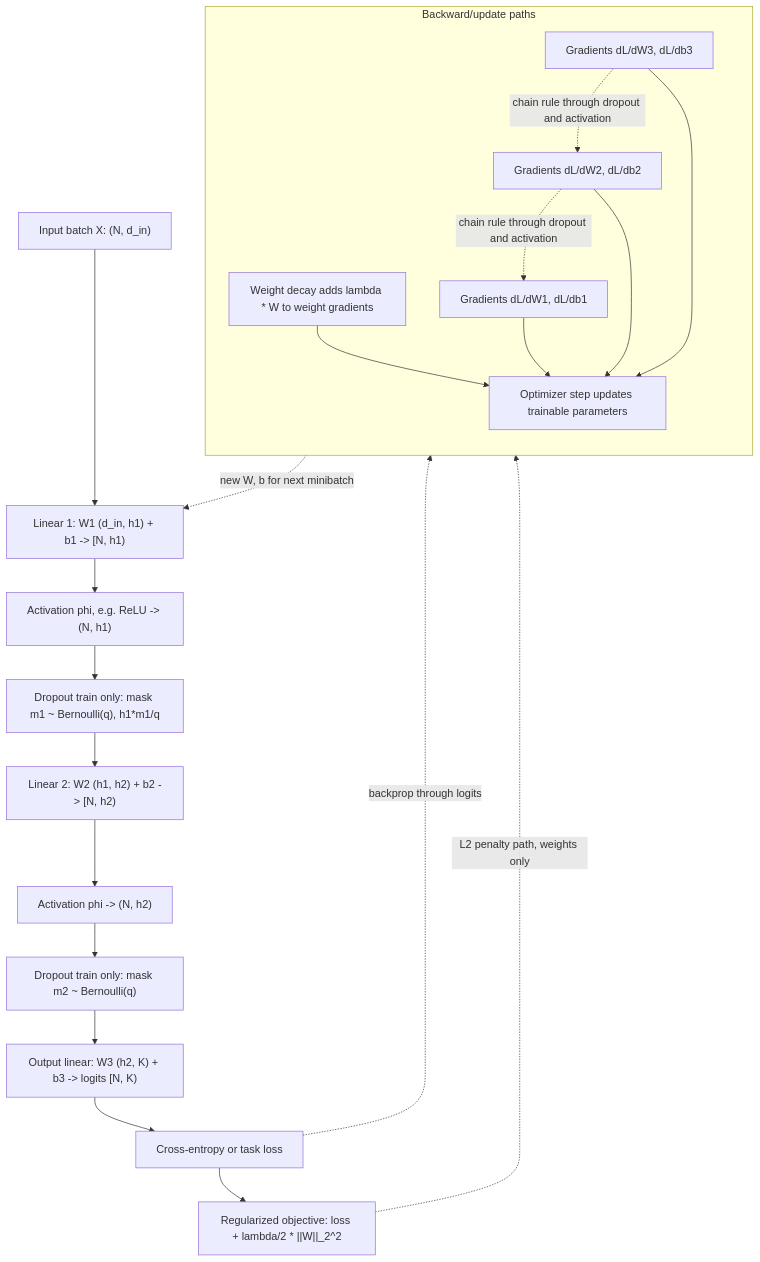
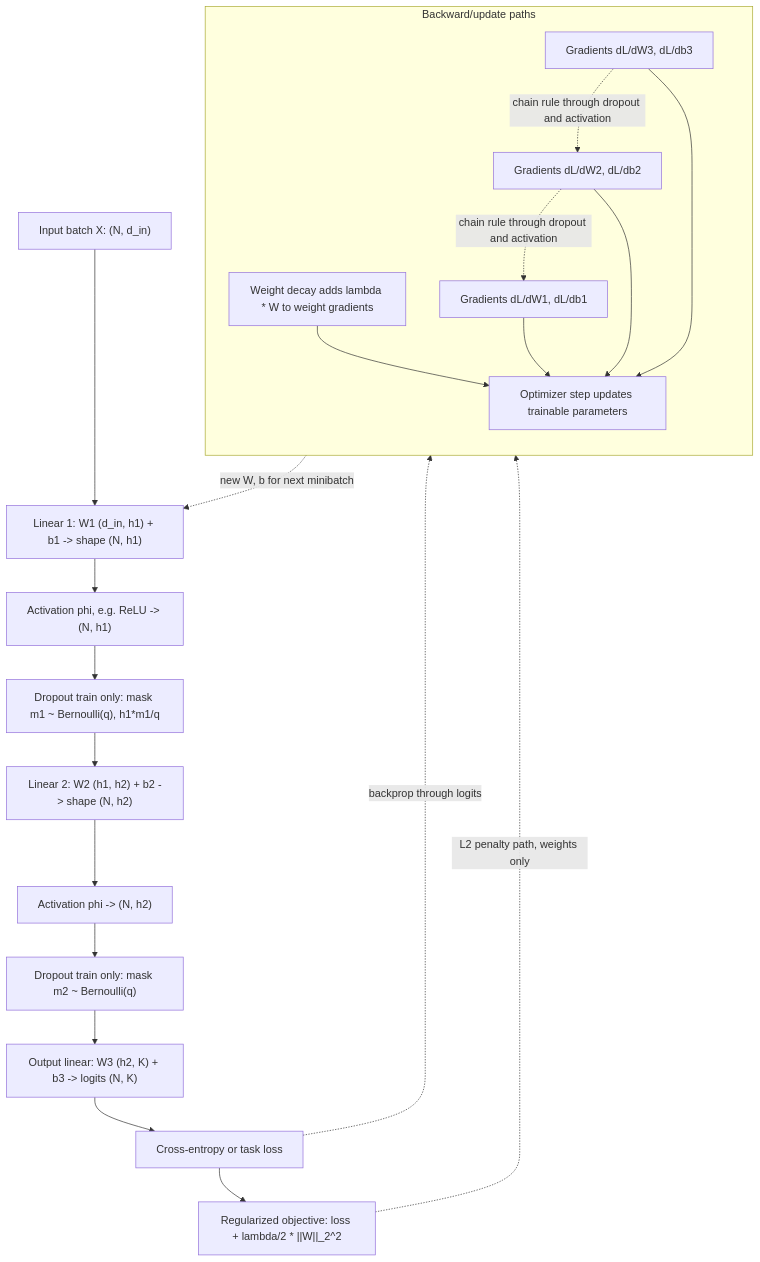
One commit to justinbrianhwang/SJ-wiki changed the diagram in docs/cs/deep-learning/multilayer-perceptrons-regularization.md. Above: the diagram before and after it, drawn with Mermaid. The commit also changed other lines of this file and 166 other files, not shown here.

````diff
--- a/docs/cs/deep-learning/multilayer-perceptrons-regularization.md
+++ b/docs/cs/deep-learning/multilayer-perceptrons-regularization.md
@@ -115,31 +147,31 @@
 ```mermaid
 flowchart TB
-  X["Input batch X: (N, d_in)"] --> L1["Linear 1: W1 (d_in, h1) + b1 -> #lsqb;N, h1)"]
+  X["Input batch X: (N, d_in)"] --> L1["Linear 1: W1 (d_in, h1) + b1 -> shape (N, h1)"]
   L1 --> A1["Activation phi, e.g. ReLU -> (N, h1)"]
   A1 --> D1["Dropout train only: mask m1 ~ Bernoulli(q), h1*m1/q"]
-  D1 --> L2["Linear 2: W2 (h1, h2) + b2 -> #lsqb;N, h2)"]
+  D1 --> L2["Linear 2: W2 (h1, h2) + b2 -> shape (N, h2)"]
   L2 --> A2["Activation phi -> (N, h2)"]
   A2 --> D2["Dropout train only: mask m2 ~ Bernoulli(q)"]
-  D2 --> L3["Output linear: W3 (h2, K) + b3 -> logits #lsqb;N, K)"]
+  D2 --> L3["Output linear: W3 (h2, K) + b3 -> logits (N, K)"]
   L3 --> CE["Cross-entropy or task loss"]
   CE --> Total["Regularized objective: loss + lambda/2 * ||W||_2^2"]
 
   subgraph Backward["Backward/update paths"]
     direction TB
     G3["Gradients dL/dW3, dL/db3"]
     G2["Gradients dL/dW2, dL/db2"]
     G1["Gradients dL/dW1, dL/db1"]
     WD["Weight decay adds lambda * W to weight gradients"]
     Opt["Optimizer step updates trainable parameters"]
   end
 
   CE -. "backprop through logits" .-> G3
   G3 -. "chain rule through dropout and activation" .-> G2
   G2 -. "chain rule through dropout and activation" .-> G1
   Total -. "L2 penalty path, weights only" .-> WD
   WD --> Opt
   G1 --> Opt
   G2 --> Opt
   G3 --> Opt
   Opt -. "new W, b for next minibatch" .-> L1
 ```
````
